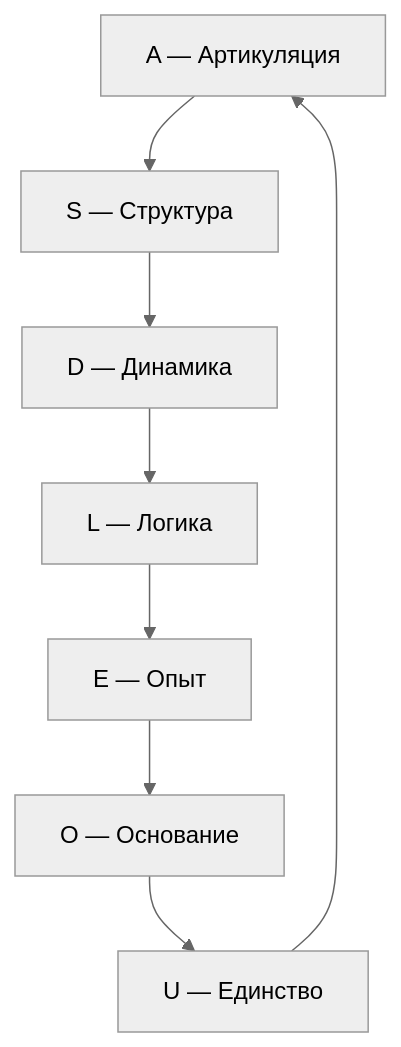
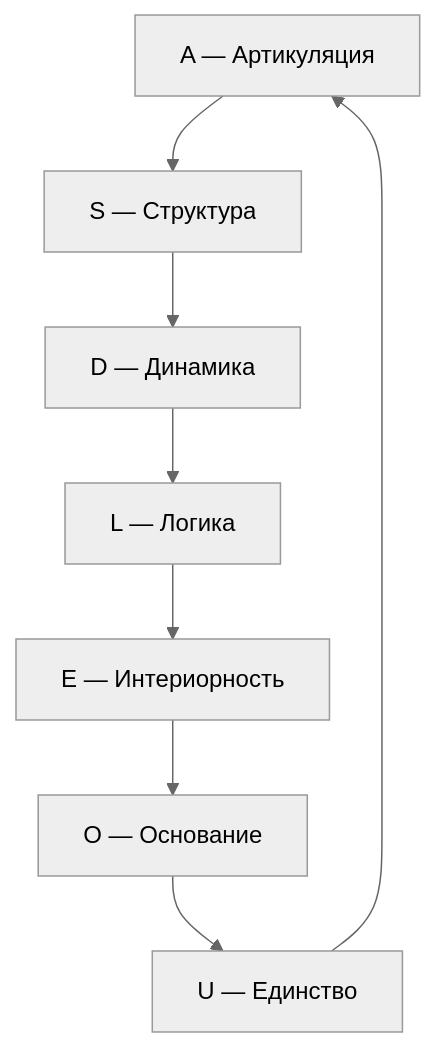
The first of 2 diagrams in website/docs/core/structure/dimension-u.md (uhm-theory/holon), drawn with Mermaid (neutral theme) before and after one commit. The commit also changed 44 other files, not shown here.

````diff
--- a/website/docs/core/structure/dimension-u.md
+++ b/website/docs/core/structure/dimension-u.md
@@ -198,10 +198,10 @@
 ```mermaid
 graph TD
     A[A — Артикуляция] --> S[S — Структура]
     S --> D[D — Динамика]
     D --> L[L — Логика]
-    L --> E[E — Опыт]
+    L --> E[E — Интериорность]
     E --> O[O — Основание]
     O --> U[U — Единство]
     U --> A
 ```
````
